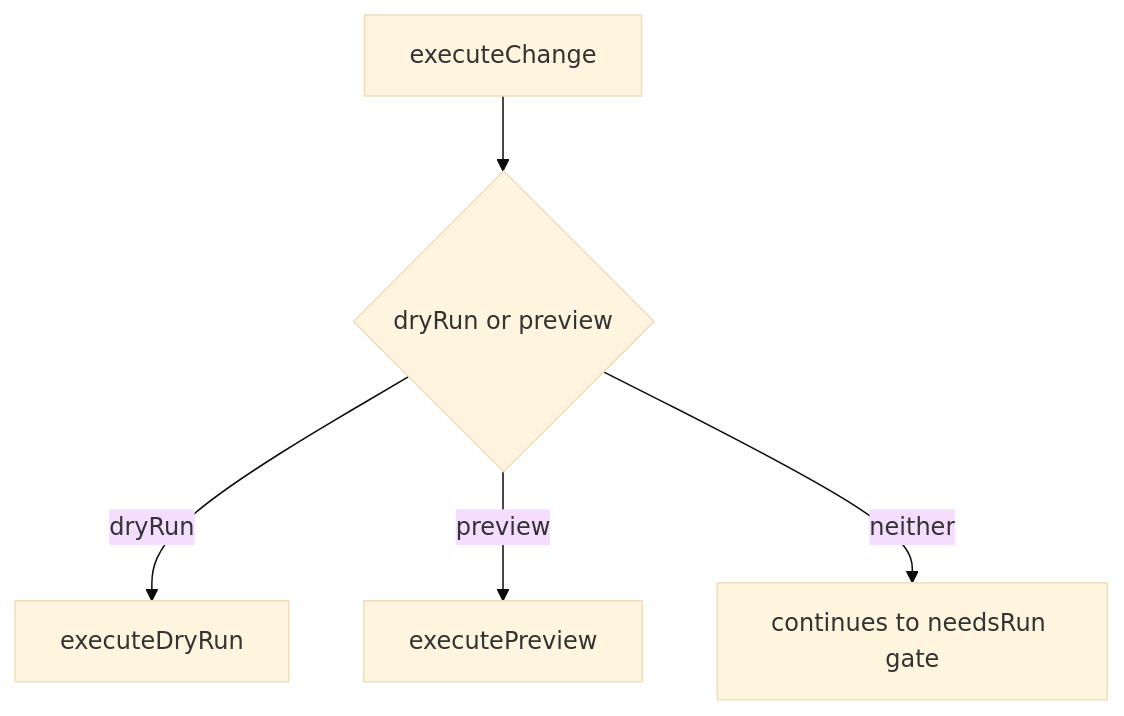
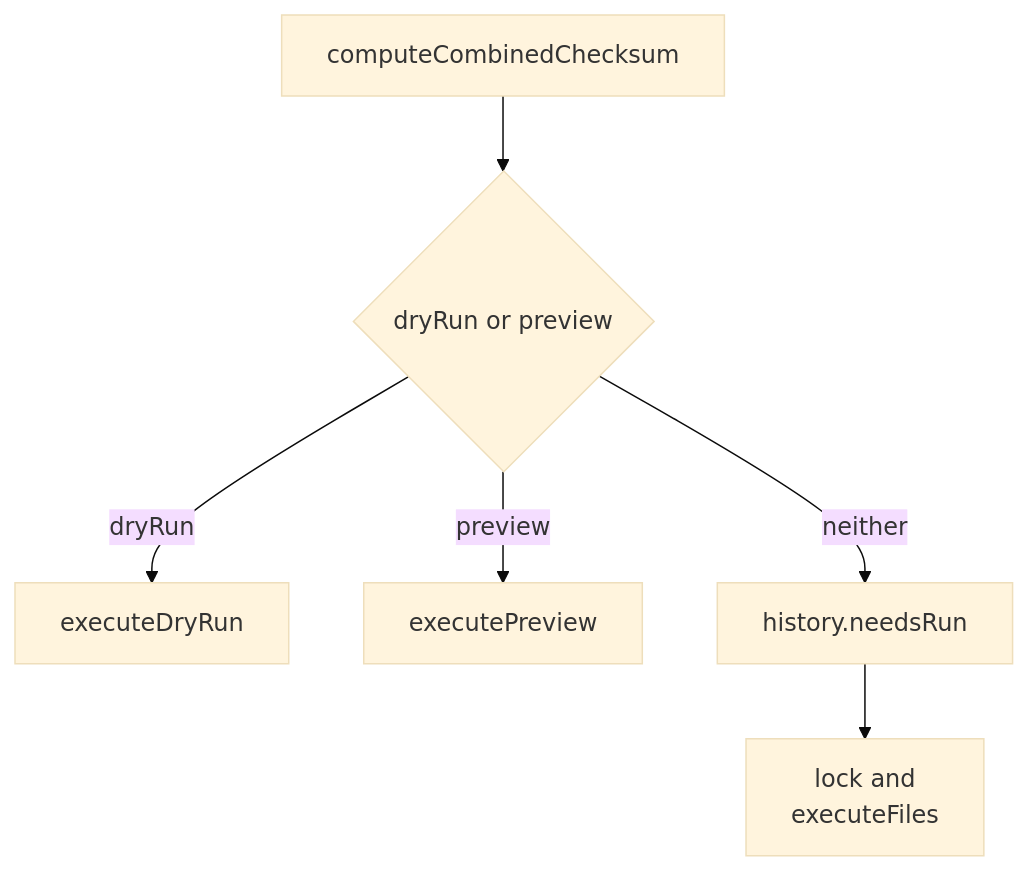
The third of 7 diagrams in docs/wiki/core-change.md (noormdev/noorm), drawn with Mermaid (base theme) before and after one commit. The commit also changed other lines of this file and 557 other files, not shown here.

````diff
--- a/docs/wiki/core-change.md
+++ b/docs/wiki/core-change.md
@@ -42,8 +65,9 @@
 ```mermaid
 flowchart TD
     %% source: src/core/change/executor.ts
-    A[executeChange] --> B{dryRun or preview}
+    A[computeCombinedChecksum] --> B{dryRun or preview}
     B -->|dryRun| C[executeDryRun]
     B -->|preview| D[executePreview]
-    B -->|neither| E["continues to needsRun gate"]
+    B -->|neither| E[history.needsRun]
+    E --> F["lock and<br/>executeFiles"]
 ```
````
